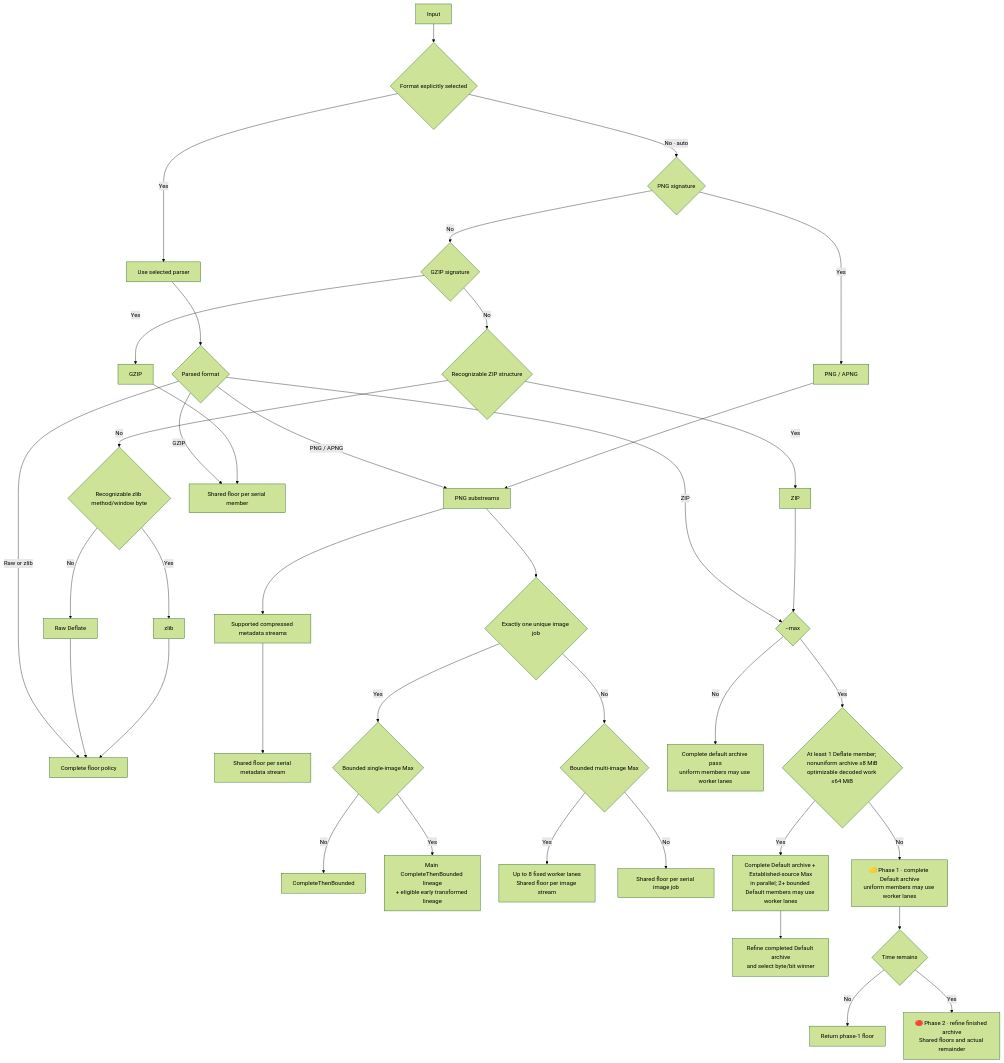
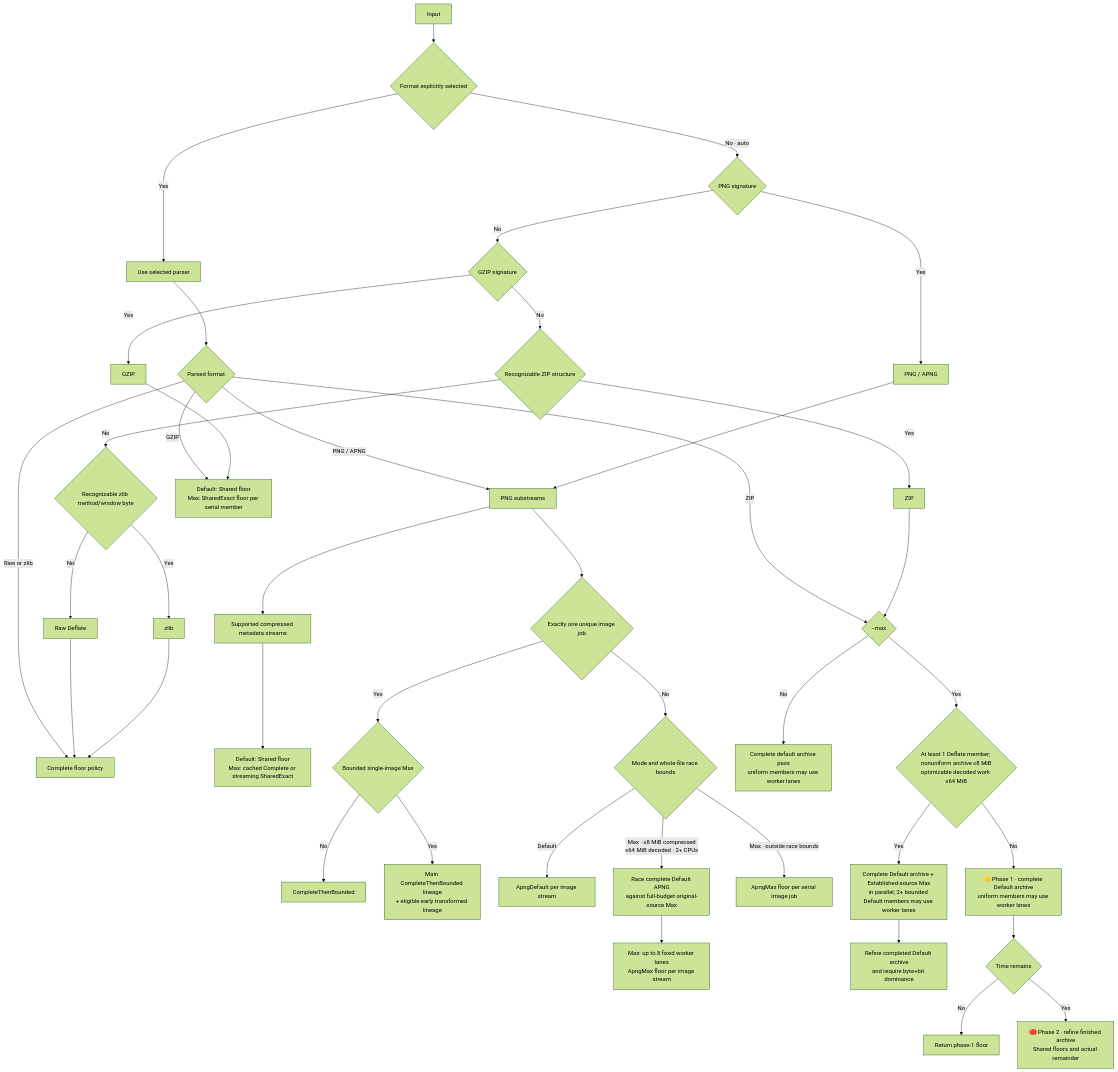
The second of 6 diagrams in docs/routes-and-methods.md (ace-dent/columbo), drawn with Mermaid (forest theme) before and after one commit. The commit also changed other lines of this file and 12 other files, not shown here.

````diff
--- a/docs/routes-and-methods.md
+++ b/docs/routes-and-methods.md
@@ -109,43 +123,45 @@
 ```mermaid
 flowchart TD
     IN["Input"] --> EXPLICIT{"Format explicitly selected"}
     EXPLICIT -- "Yes" --> PARSER["Use selected parser"]
     EXPLICIT -- "No · auto" --> PNG{"PNG signature"}
     PNG -- "Yes" --> PPNG["PNG / APNG"]
     PNG -- "No" --> GZ{"GZIP signature"}
     GZ -- "Yes" --> PGZ["GZIP"]
     GZ -- "No" --> ZIP{"Recognizable ZIP structure"}
     ZIP -- "Yes" --> PZIP["ZIP"]
     ZIP -- "No" --> ZL{"Recognizable zlib method/window byte"}
     ZL -- "Yes" --> PZL["zlib"]
     ZL -- "No" --> PRAW["Raw Deflate"]
 
     PARSER --> POLICY{"Parsed format"}
     POLICY -- "Raw or zlib" --> COMPLETE
     POLICY -- "GZIP" --> SHARED
     POLICY -- "PNG / APNG" --> PPNGROUTES["PNG substreams"]
     POLICY -- "ZIP" --> ZMAX
     PRAW --> COMPLETE["Complete floor policy"]
     PZL --> COMPLETE
-    PGZ --> SHARED["Shared floor per serial member"]
+    PGZ --> SHARED["Default: Shared floor<br/>Max: SharedExact floor per serial member"]
     PPNG --> PPNGROUTES
     PPNGROUTES --> PMETA["Supported compressed metadata streams"]
-    PMETA --> SHAREDMETA["Shared floor per serial metadata stream"]
+    PMETA --> SHAREDMETA["Default: Shared floor<br/>Max: cached Complete or streaming SharedExact"]
     PPNGROUTES --> PJOBS{"Exactly one unique image job"}
     PJOBS -- "Yes" --> PMAX{"Bounded single-image Max"}
     PMAX -- "No" --> CTB["CompleteThenBounded"]
     PMAX -- "Yes" --> PRACE["Main CompleteThenBounded lineage<br/>+ eligible early transformed lineage"]
-    PJOBS -- "No" --> PAPNGB{"Bounded multi-image Max"}
-    PAPNGB -- "Yes" --> PPAR["Up to 8 fixed worker lanes<br/>Shared floor per image stream"]
-    PAPNGB -- "No" --> SHAREDPNG["Shared floor per serial image job"]
+    PJOBS -- "No" --> PMULTI{"Mode and whole-file race bounds"}
+    PMULTI -- "Default" --> APNGDEFAULT["ApngDefault per image stream"]
+    PMULTI -- "Max · ≤8 MiB compressed<br/>≤64 MiB decoded · 2+ CPUs" --> PFILE["Race complete Default APNG<br/>against full-budget original-source Max"]
+    PFILE --> PPAR["Max: up to 8 fixed worker lanes<br/>ApngMax floor per image stream"]
+    PMULTI -- "Max · outside race bounds" --> SHAREDPNG["ApngMax floor per serial image job"]
     PZIP --> ZMAX{"--max"}
     ZMAX -- "No" --> ZDEFAULT["Complete default archive pass<br/>uniform members may use worker lanes"]
     ZMAX -- "Yes" --> ZBOUND{"At least 1 Deflate member; nonuniform archive ≤8 MiB<br/>optimizable decoded work ≤64 MiB"}
     ZBOUND -- "Yes" --> ZRACE["Complete Default archive + Established-source Max<br/>in parallel; 2+ bounded Default members may use worker lanes"]
-    ZRACE --> ZREFINE["Refine completed Default archive<br/>and select byte/bit winner"]
+    ZRACE --> ZREFINE["Refine completed Default archive<br/>and require byte+bit dominance"]
     ZBOUND -- "No" --> ZPHASE1["🟡 Phase 1 · complete Default archive<br/>uniform members may use worker lanes"]
     ZPHASE1 --> ZTIME{"Time remains"}
     ZTIME -- "No" --> ZWIN["Return phase-1 floor"]
     ZTIME -- "Yes" --> ZPHASE2["🔴 Phase 2 · refine finished archive<br/>Shared floors and actual remainder"]
 
 ```
````
